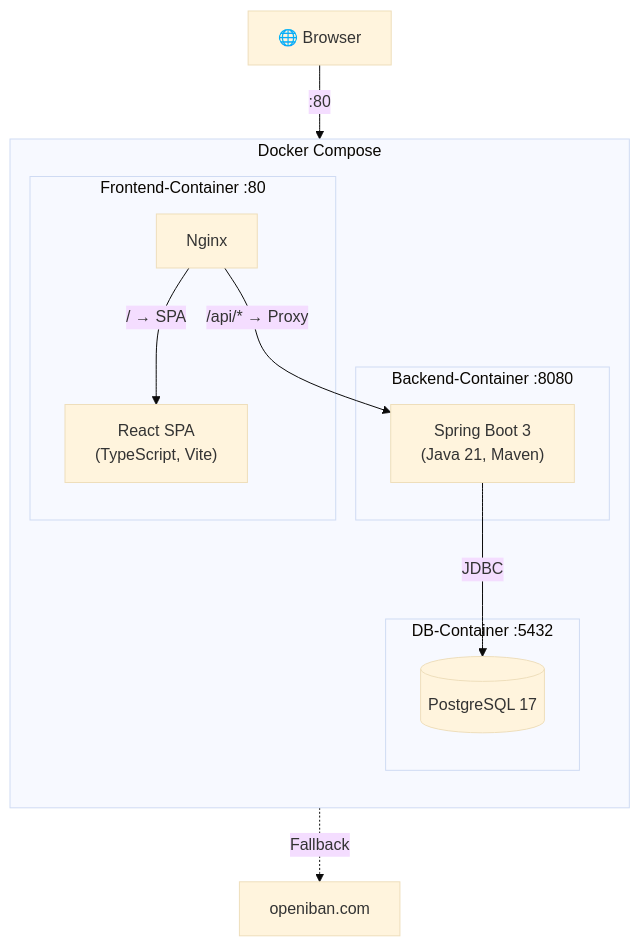
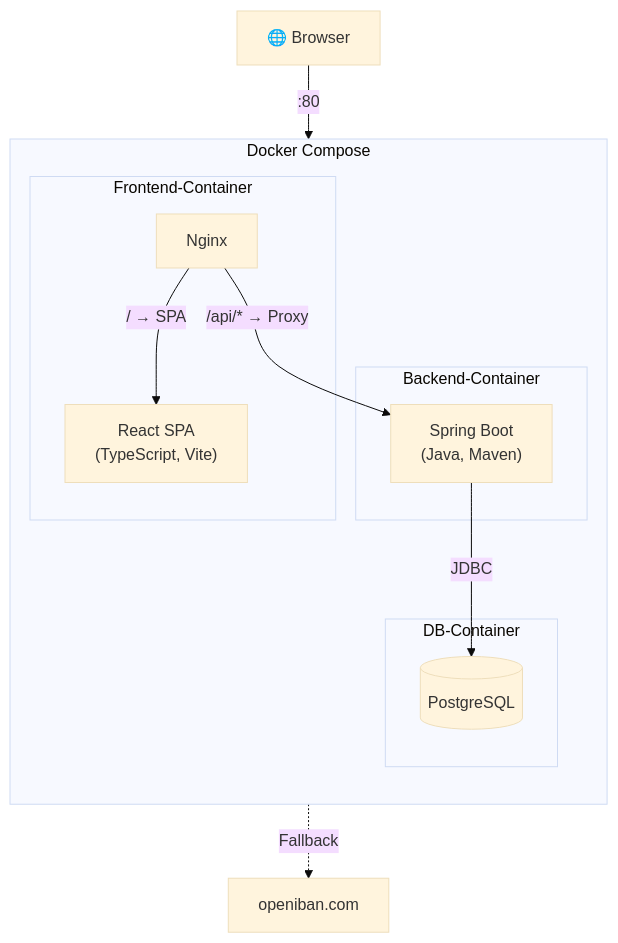
Before and after one commit to nicograef/lexiban: the second of 6 diagrams in docs/presentation.md, drawn with Mermaid (base theme). The commit also changed other lines of this file, not shown here.

````diff
--- a/docs/presentation.md
+++ b/docs/presentation.md
@@ -96,22 +57,22 @@
 ```mermaid
 graph TB
     subgraph Docker Compose
         direction TB
-        subgraph frontend-container ["Frontend-Container :80"]
+        subgraph frontend-container ["Frontend-Container"]
             Nginx["Nginx"]
             SPA["React SPA\n(TypeScript, Vite)"]
         end
-        subgraph backend-container ["Backend-Container :8080"]
-            Spring["Spring Boot 3\n(Java 21, Maven)"]
+        subgraph backend-container ["Backend-Container"]
+            Spring["Spring Boot\n(Java, Maven)"]
         end
-        subgraph db-container ["DB-Container :5432"]
-            PG[("PostgreSQL 17")]
+        subgraph db-container ["DB-Container"]
+            PG[("PostgreSQL")]
         end
     end
 
     Browser["🌐 Browser"] -->|":80"| Nginx
     Nginx -->|"/ → SPA"| SPA
     Nginx -->|"/api/* → Proxy"| Spring
     Spring -->|"JDBC"| PG
     Spring -.->|"Fallback"| ExtAPI["openiban.com"]
 ```
````
